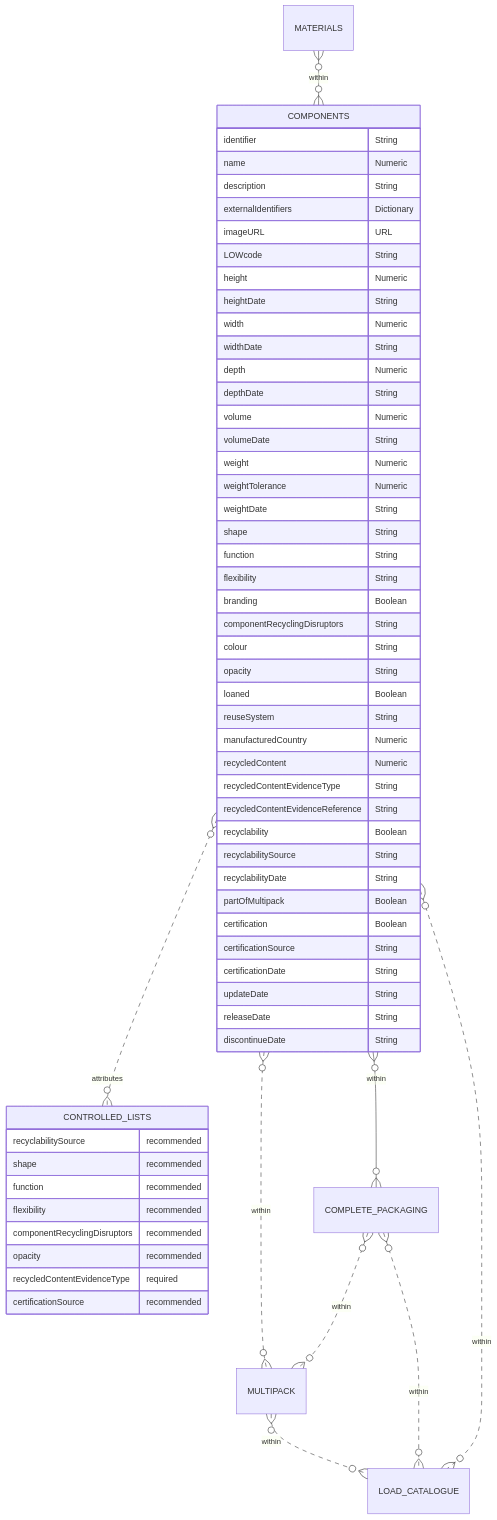
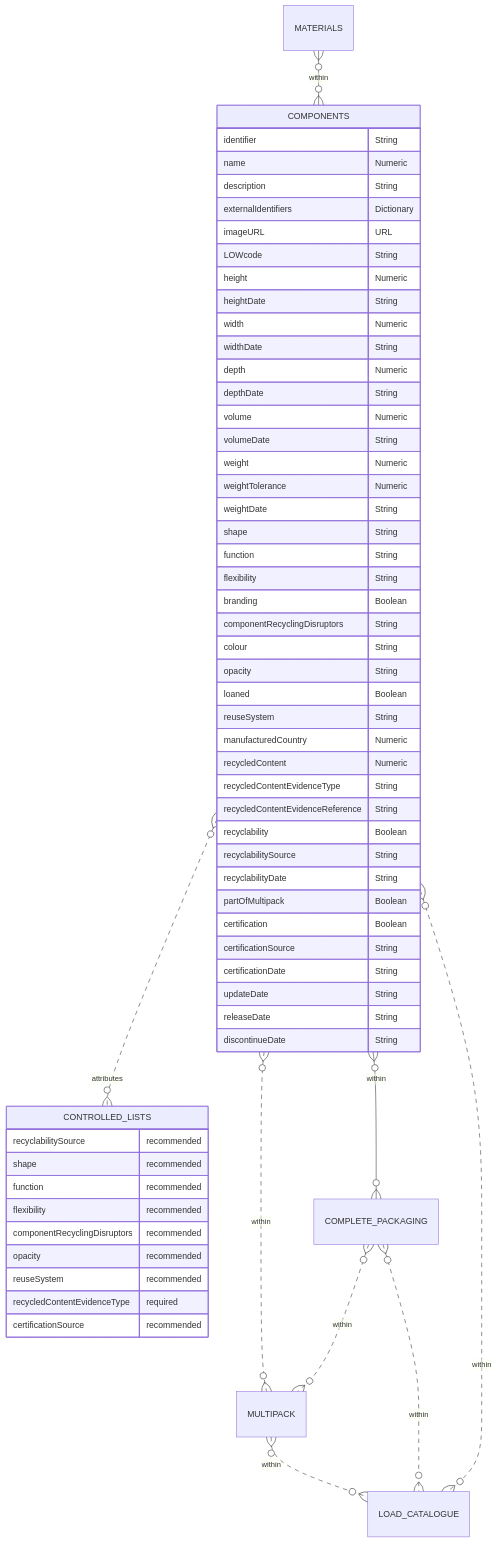
One commit to OpenDataManchester/Open3P changed the diagram in docs/3_Data_Specification/3_3_Components.md. Above: the diagram before and after it, drawn with Mermaid. The commit also changed other lines of this file and 19 other files, not shown here.

````diff
--- a/docs/3_Data_Specification/3_3_Components.md
+++ b/docs/3_Data_Specification/3_3_Components.md
@@ -57,63 +57,64 @@
 ``` mermaid
 erDiagram
 MATERIALS }o--o{ COMPONENTS : within
   COMPONENTS {
     identifier String
     name Numeric
     description String
     externalIdentifiers Dictionary
     imageURL URL
     LOWcode String
     height Numeric
     heightDate String
     width Numeric
     widthDate String
     depth Numeric
     depthDate String
     volume Numeric
     volumeDate String
     weight Numeric
     weightTolerance Numeric
     weightDate String
     shape String
     function String
     flexibility String
     branding Boolean
     componentRecyclingDisruptors String
     colour String
     opacity String
     loaned Boolean
     reuseSystem String
     manufacturedCountry Numeric
     recycledContent Numeric
     recycledContentEvidenceType String
     recycledContentEvidenceReference String
     recyclability Boolean
     recyclabilitySource String
     recyclabilityDate String
     partOfMultipack Boolean
     certification Boolean
     certificationSource String
     certificationDate String
     updateDate String
     releaseDate String
     discontinueDate String
   }
   COMPONENTS }o..o{ CONTROLLED_LISTS : attributes
   COMPONENTS }o--o{ COMPLETE_PACKAGING : within
   COMPONENTS }o..o{ MULTIPACK : within
   MULTIPACK }o..o{ LOAD_CATALOGUE : within
   COMPLETE_PACKAGING }o..o{ MULTIPACK : within
   COMPLETE_PACKAGING }o..o{ LOAD_CATALOGUE : within
   COMPONENTS }o..o{ LOAD_CATALOGUE : within
     CONTROLLED_LISTS {
     recyclabilitySource recommended
     shape recommended
     function recommended
     flexibility recommended
     componentRecyclingDisruptors recommended
     opacity recommended
+    reuseSystem recommended
     recycledContentEvidenceType required
     certificationSource recommended
   }
 ```
````
